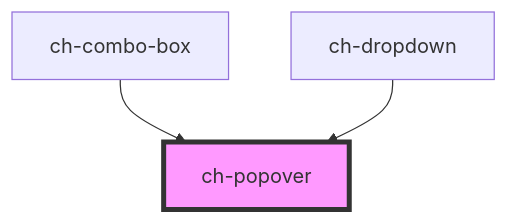
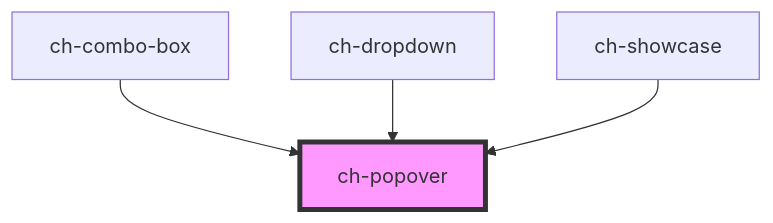
One commit to genexuslabs/chameleon-controls-library changed the diagram in src/components/popover/readme.md. Above: the diagram before and after it, drawn with Mermaid. The commit also changed other lines of this file and 4 other files, not shown here.

````diff
--- a/src/components/popover/readme.md
+++ b/src/components/popover/readme.md
@@ -68,6 +69,7 @@
 ```mermaid
 graph TD;
   ch-combo-box --> ch-popover
   ch-dropdown --> ch-popover
+  ch-showcase --> ch-popover
   style ch-popover fill:#f9f,stroke:#333,stroke-width:4px
 ```
````
